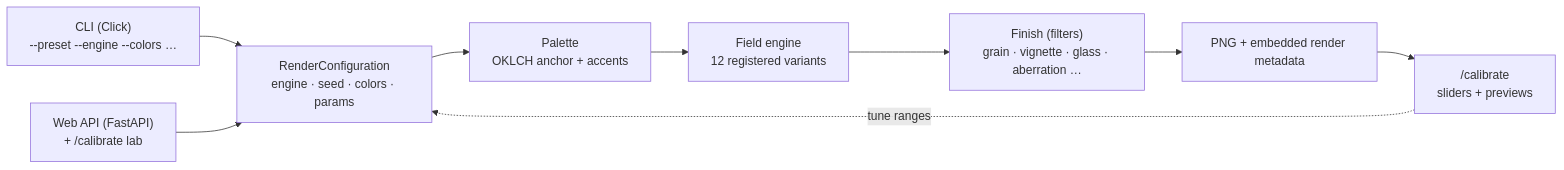
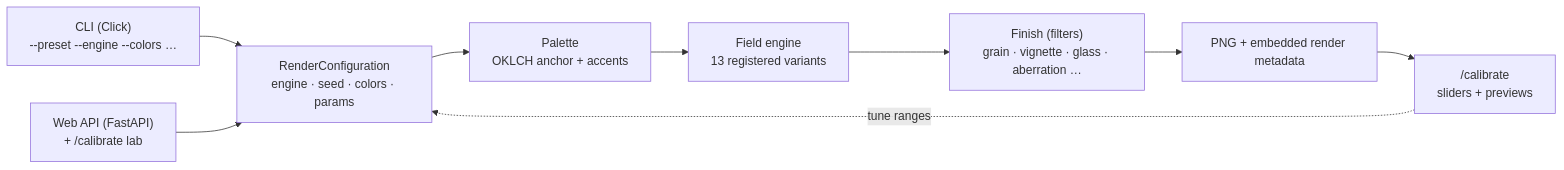
One commit to icherniukh/wp-generator changed the diagram in README.md. Above: the diagram before and after it, drawn with Mermaid. The commit also changed other lines of this file and 9 other files, not shown here.

````diff
--- a/README.md
+++ b/README.md
@@ -119,11 +119,11 @@
 ```mermaid
 flowchart LR
     CLI["CLI (Click)\n--preset --engine --colors …"] --> CFG["RenderConfiguration\nengine · seed · colors · params"]
     WEB["Web API (FastAPI)\n+ /calibrate lab"] --> CFG
     CFG --> PAL["Palette\nOKLCH anchor + accents"]
-    PAL --> ENG["Field engine\n12 registered variants"]
+    PAL --> ENG["Field engine\n13 registered variants"]
     ENG --> FX["Finish (filters)\ngrain · vignette · glass · aberration …"]
     FX --> OUT["PNG + embedded render metadata"]
     OUT --> CAL["/calibrate\nsliders + previews"]
     CAL -.->|"tune ranges"| CFG
 ```
````
